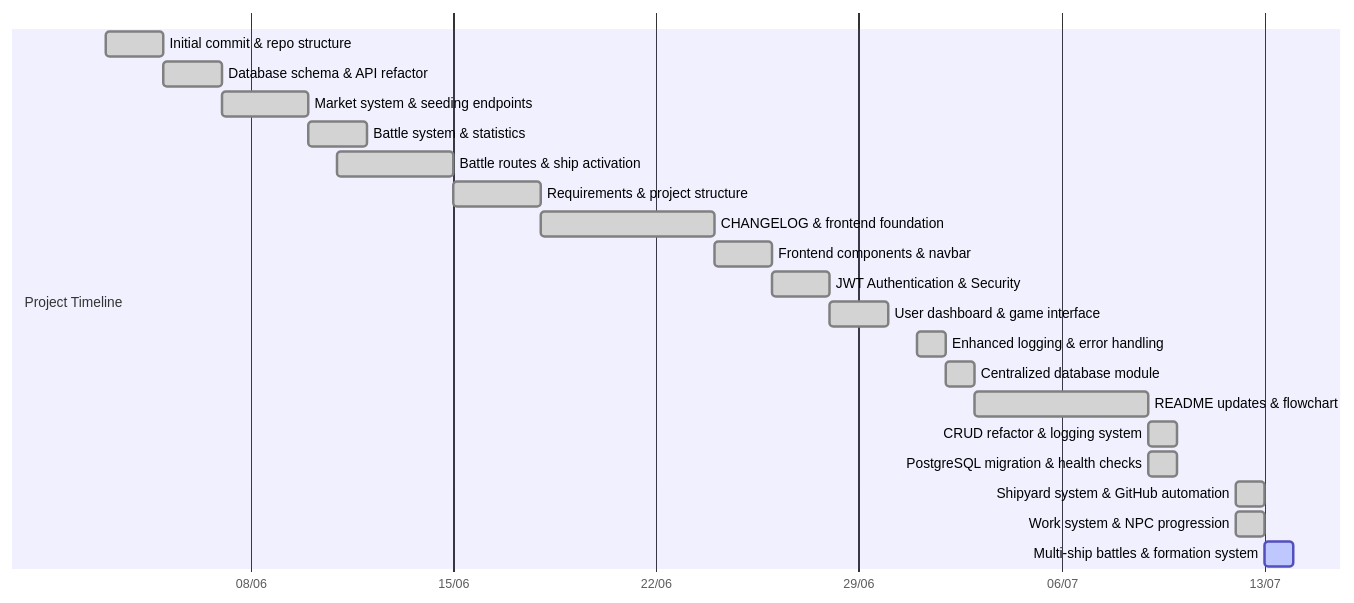
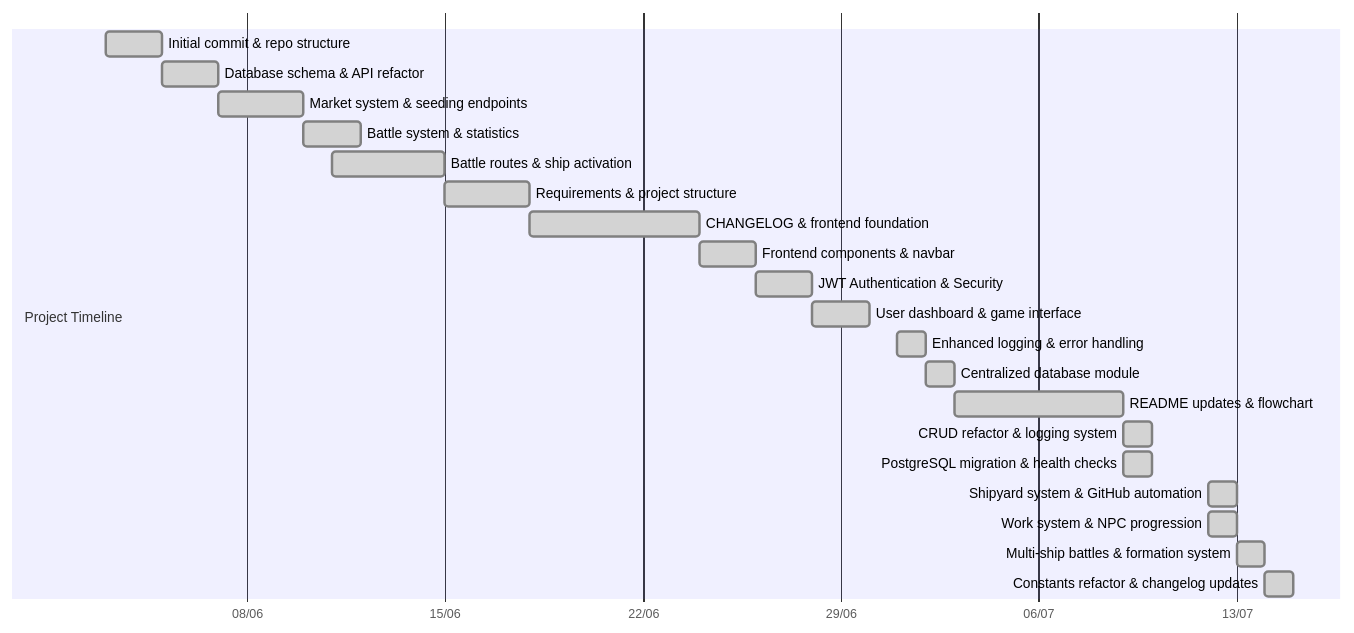
The second of 2 diagrams in README.md (FilipePacheco73/Bellum-Astrum), drawn with Mermaid before and after one commit. The commit also changed 5 other files, not shown here.

Commit message:
feat: Enhance battle and market systems with new constants, XP calculations, and Elo rating updates; improve documentation and changelog

````diff
--- a/README.md
+++ b/README.md
@@ -423,24 +423,25 @@
 ```mermaid
 gantt
 dateFormat  YYYY-MM-DD
 axisFormat  %d/%m
 section Project Timeline
 Initial commit & repo structure        :done,    des1, 2025-06-03, 2d
 Database schema & API refactor         :done,    des2, 2025-06-05, 2d
 Market system & seeding endpoints      :done,    des3, 2025-06-07, 3d
 Battle system & statistics             :done,    des4, 2025-06-10, 2d
 Battle routes & ship activation        :done,    des5, 2025-06-11, 4d
 Requirements & project structure       :done,    des6, 2025-06-15, 3d
 CHANGELOG & frontend foundation        :done,    des7, 2025-06-18, 6d
 Frontend components & navbar           :done,    des8, 2025-06-24, 2d
 JWT Authentication & Security          :done,    des9, 2025-06-26, 2d
 User dashboard & game interface        :done,    des10, 2025-06-28, 2d
 Enhanced logging & error handling      :done,    des11, 2025-07-01, 1d
 Centralized database module            :done,    des12, 2025-07-02, 1d
 README updates & flowchart             :done,    des13, 2025-07-03, 6d
 CRUD refactor & logging system         :done,    des14, 2025-07-09, 1d
 PostgreSQL migration & health checks   :done,    des15, 2025-07-09, 1d
 Shipyard system & GitHub automation    :done,    des16, 2025-07-12, 1d
 Work system & NPC progression          :done,    des17, 2025-07-12, 1d
-Multi-ship battles & formation system  :active,  des18, 2025-07-13, 1d
+Multi-ship battles & formation system  :done,    des18, 2025-07-13, 1d
+Constants refactor & changelog updates      :done,    des19, 2025-07-14, 1d
 ```
````
